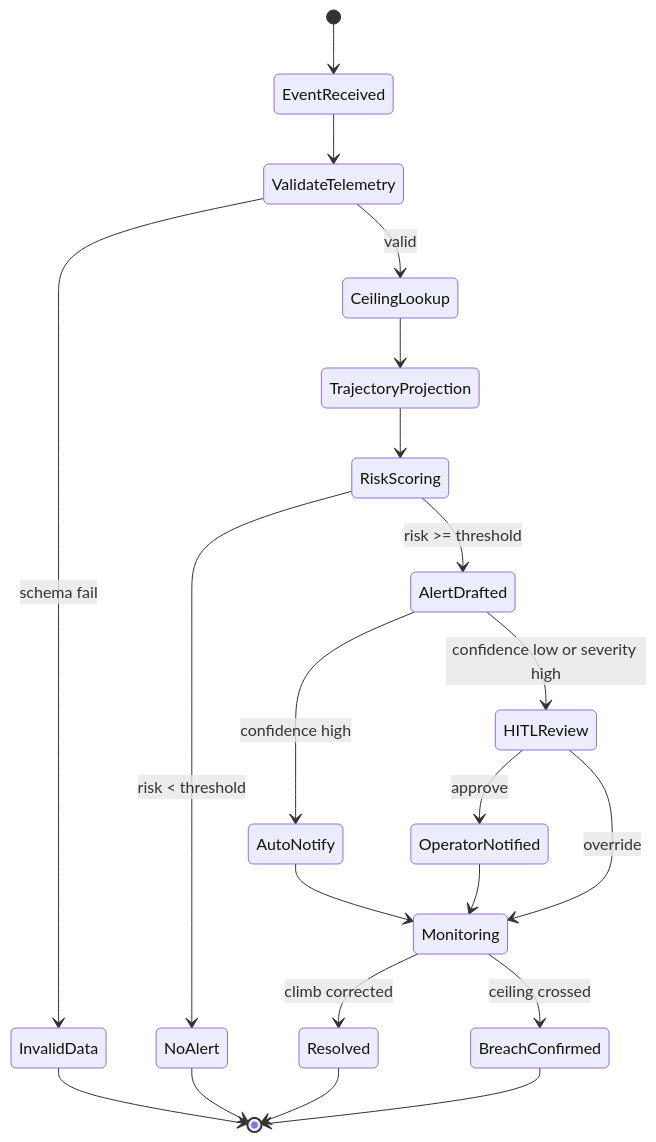
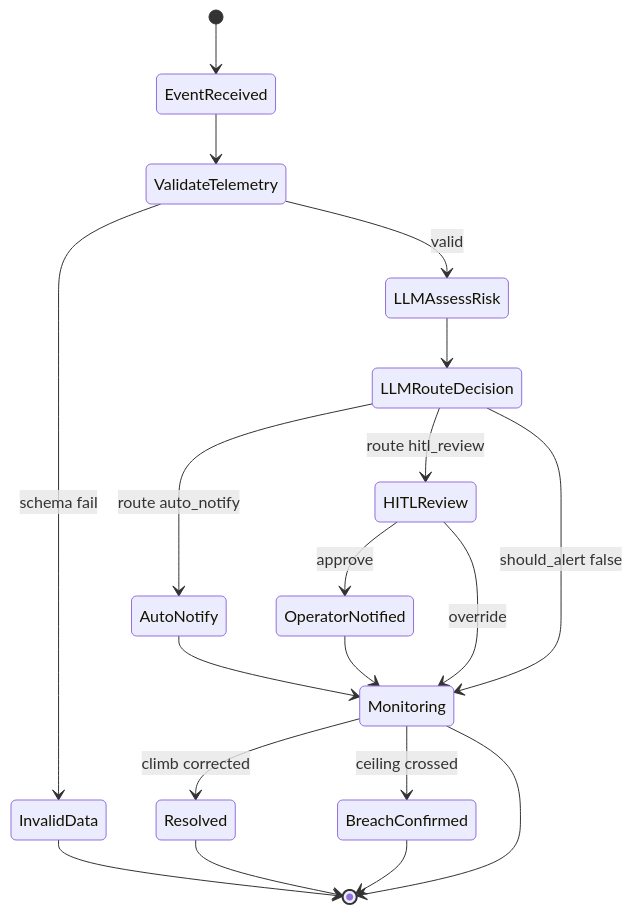
The diagram in diagrams/feature1-state.mmd (goodwillyoga/FAA-demo), drawn with Mermaid before and after one commit. The commit also changed 15 other files, not shown here.

```diff
--- a/diagrams/feature1-state.mmd
+++ b/diagrams/feature1-state.mmd
@@ -1,26 +1,23 @@
 stateDiagram-v2
     [*] --> EventReceived
     EventReceived --> ValidateTelemetry
     ValidateTelemetry --> InvalidData: schema fail
-    ValidateTelemetry --> CeilingLookup: valid
+    ValidateTelemetry --> LLMAssessRisk: valid
 
-    CeilingLookup --> TrajectoryProjection
-    TrajectoryProjection --> RiskScoring
-    RiskScoring --> NoAlert: risk < threshold
-    RiskScoring --> AlertDrafted: risk >= threshold
-
-    AlertDrafted --> AutoNotify: confidence high
-    AlertDrafted --> HITLReview: confidence low or severity high
+    LLMAssessRisk --> LLMRouteDecision
+    LLMRouteDecision --> AutoNotify: route auto_notify
+    LLMRouteDecision --> HITLReview: route hitl_review
+    LLMRouteDecision --> Monitoring: should_alert false
 
     HITLReview --> OperatorNotified: approve
     HITLReview --> Monitoring: override
     AutoNotify --> Monitoring
     OperatorNotified --> Monitoring
 
     Monitoring --> Resolved: climb corrected
     Monitoring --> BreachConfirmed: ceiling crossed
 
     InvalidData --> [*]
-    NoAlert --> [*]
+    Monitoring --> [*]
     Resolved --> [*]
     BreachConfirmed --> [*]
```
